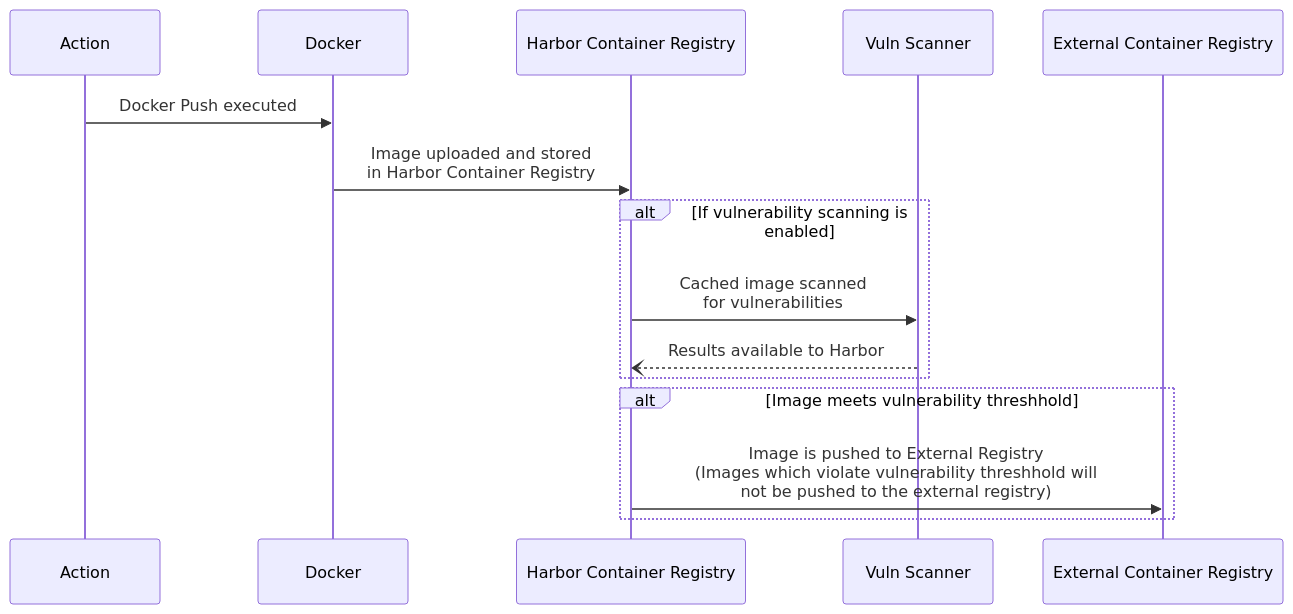
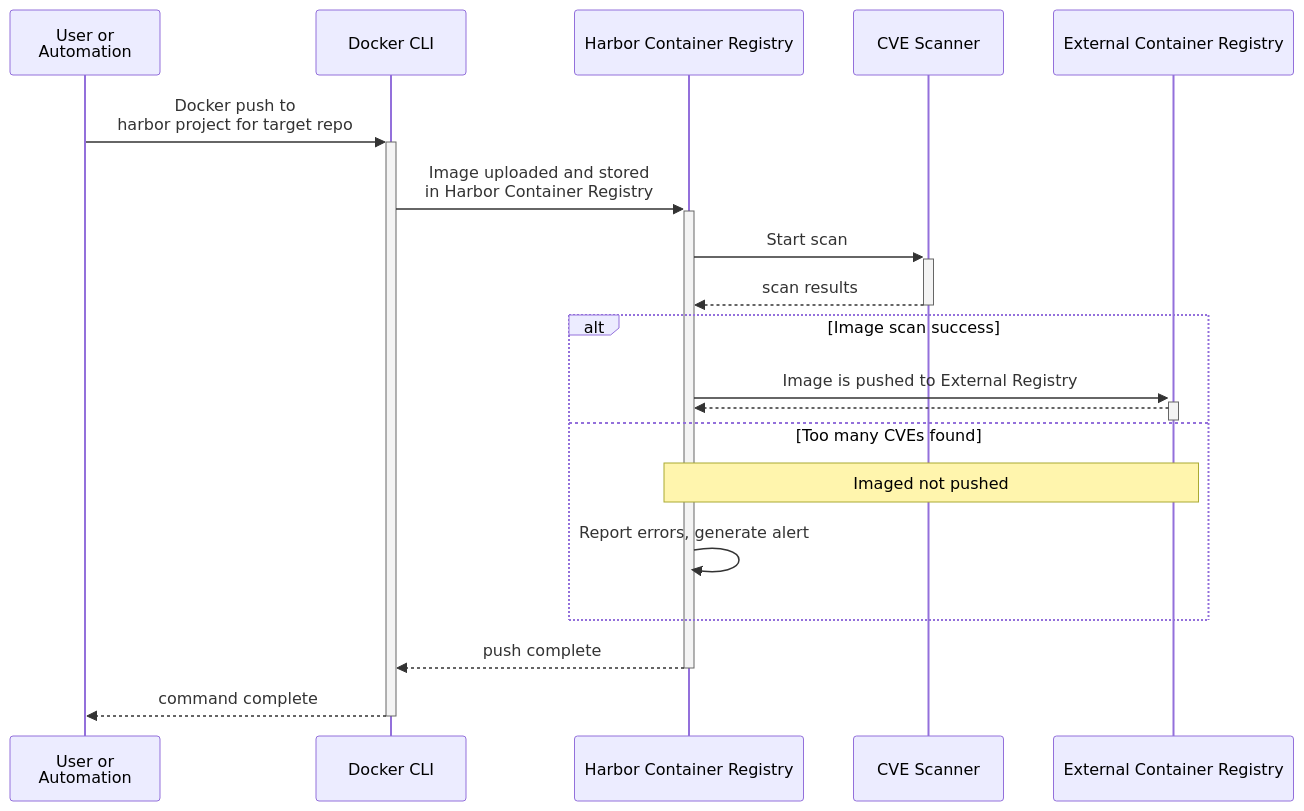
The fifth of 5 diagrams in spikes/harbor/harborflows.md (retaildevcrews/ngsa-asb), drawn with Mermaid before and after one commit.

Commit message:
updated push through sequence

````diff
--- a/spikes/harbor/harborflows.md
+++ b/spikes/harbor/harborflows.md
@@ -112,18 +112,22 @@
 ```mermaid
 sequenceDiagram
-    participant action  as Action 
-    participant docker  as Docker
+    participant action  as User or <br> Automation 
+    participant docker  as Docker CLI
     participant harbor  as Harbor Container Registry
-    participant scan    as Vuln Scanner
+    participant scan    as CVE Scanner
     participant ecr     as External Container Registry
 
-    action     ->> docker: Docker Push executed
-    docker     ->> harbor: Image uploaded and stored <br> in Harbor Container Registry
-    alt If vulnerability scanning is enabled
-        harbor    ->> scan: Cached image scanned <br> for vulnerabilities
-        scan      --) harbor: Results available to Harbor
-        end
-    alt Image meets vulnerability threshhold 
-        harbor    ->> ecr: Image is pushed to External Registry <br> (Images which violate vulnerability threshhold will <br> not be pushed to the external registry)
-        end
+    action     ->>+ docker: Docker push to <br> harbor project for target repo
+    docker     ->>+ harbor: Image uploaded and stored <br> in Harbor Container Registry
+    harbor     ->>+ scan: Start scan
+    scan      -->>- harbor: scan results
+    alt Image scan success 
+        harbor  ->>+ ecr: Image is pushed to External Registry 
+        ecr    -->>- harbor: 
+    else Too many CVEs found
+        Note Over harbor,ecr: Imaged not pushed
+        harbor ->> harbor: Report errors, generate alert
+    end
+    harbor   -->>- docker: push complete
+    docker   -->>- action: command complete
 ```
````
